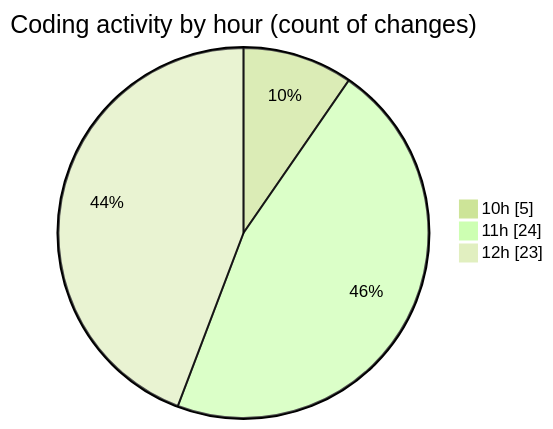
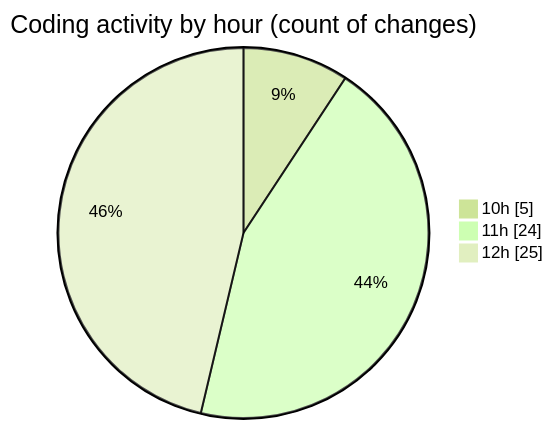
One commit to nxtqubesakshisongat/code-tracking changed the second of 2 diagrams in 2025-06-21/nxtqube_webapp/README.md. Above: the diagram before and after it, drawn with Mermaid (forest theme). The commit also changed other lines of this file and 1 other file, not shown here.

````diff
--- a/2025-06-21/nxtqube_webapp/README.md
+++ b/2025-06-21/nxtqube_webapp/README.md
@@ -32,7 +32,7 @@
 ```mermaid
 pie showData
 title Coding activity by hour (count of changes)
 "10h" : 5
 "11h" : 24
-"12h" : 23
+"12h" : 25
 ```
````
